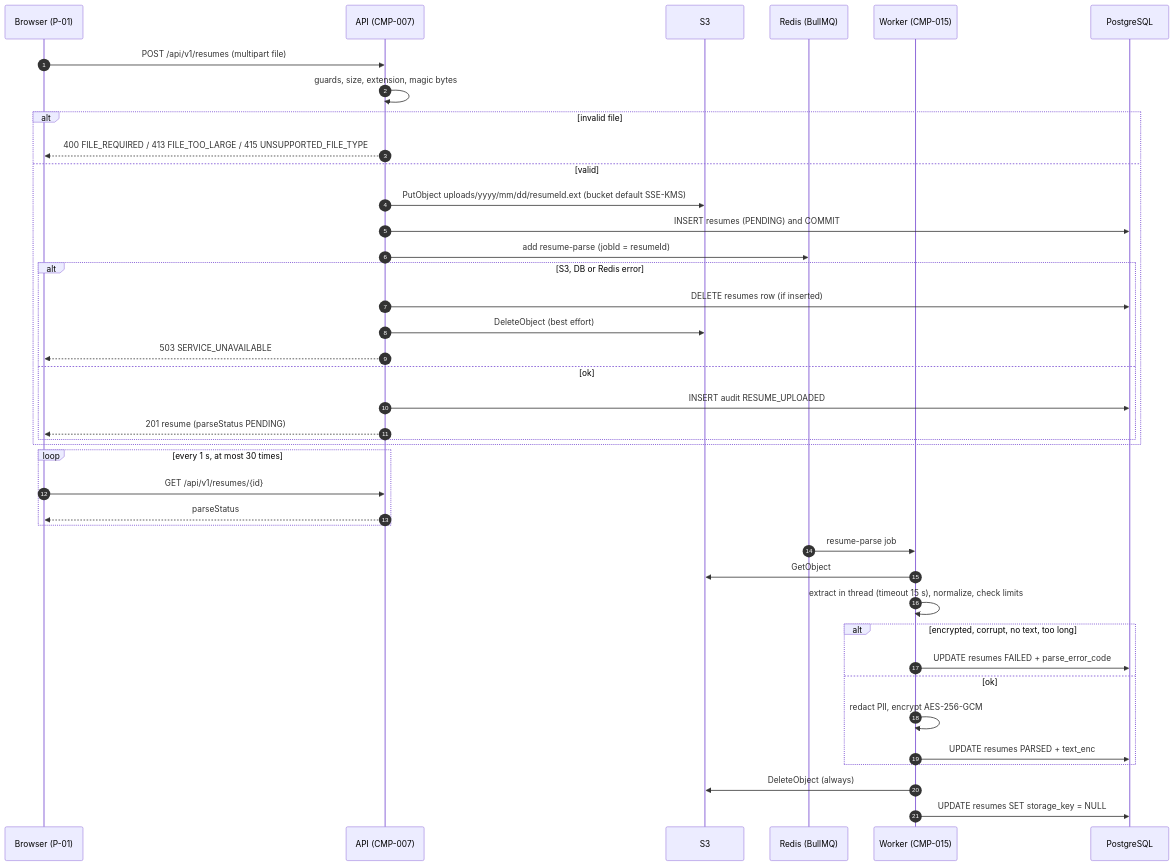
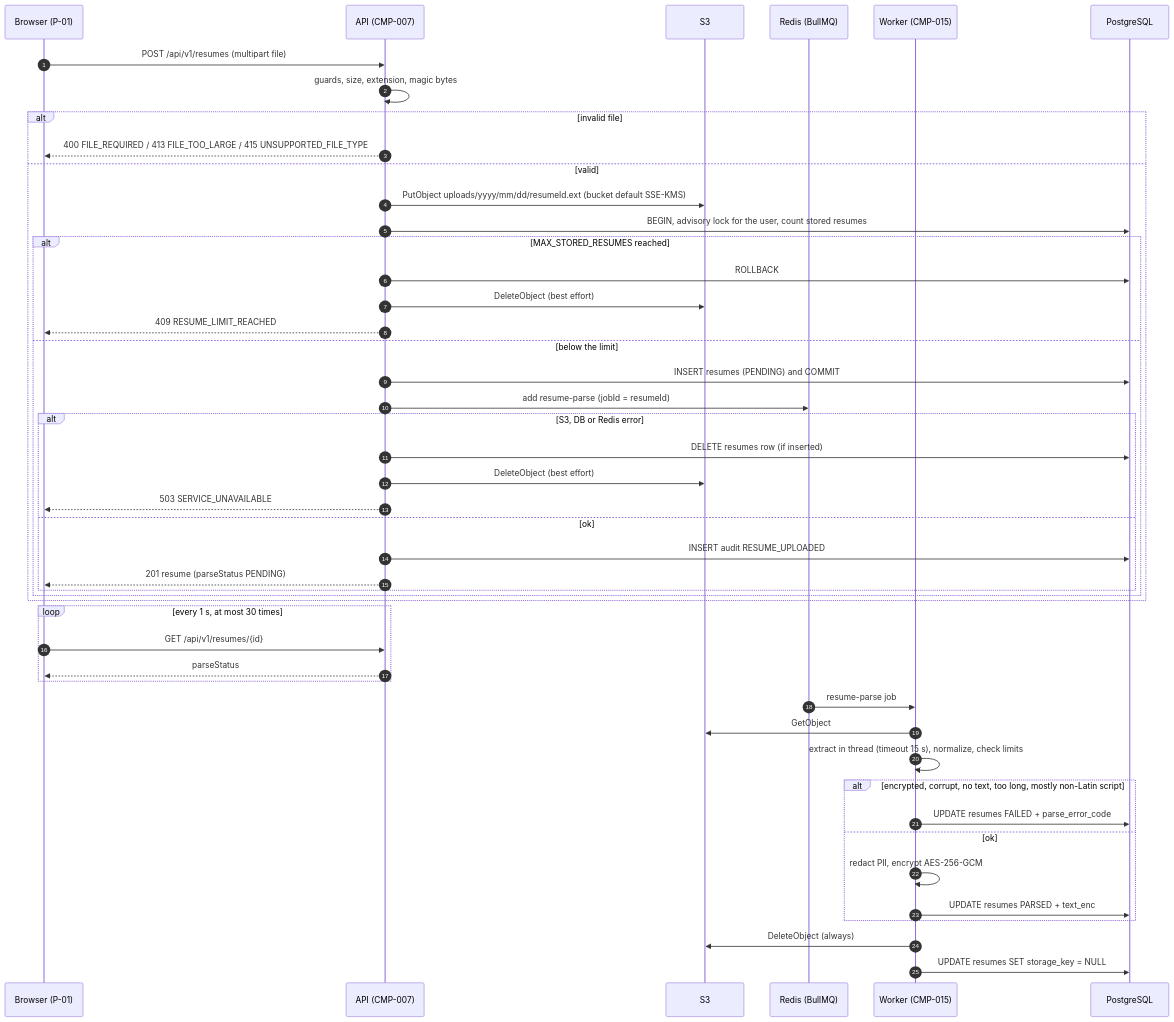
Before and after one commit to divii-school/spec-homework: the third of 10 diagrams in neeraj/spec.md, drawn with Mermaid. The commit also changed other lines of this file, not shown here.

Commit message:
close build-test round 4 gaps: outage harness, fixtures, erase CLI, criterion script, upload order (v0.10)

````diff
--- a/neeraj/spec.md
+++ b/neeraj/spec.md
@@ -783,42 +783,49 @@
 ```mermaid
 sequenceDiagram
   autonumber
   participant B as Browser (P-01)
   participant A as API (CMP-007)
   participant S as S3
   participant Q as Redis (BullMQ)
   participant W as Worker (CMP-015)
   participant D as PostgreSQL
   B->>A: POST /api/v1/resumes (multipart file)
   A->>A: guards, size, extension, magic bytes
   alt invalid file
     A-->>B: 400 FILE_REQUIRED / 413 FILE_TOO_LARGE / 415 UNSUPPORTED_FILE_TYPE
   else valid
     A->>S: PutObject uploads/yyyy/mm/dd/resumeId.ext (bucket default SSE-KMS)
-    A->>D: INSERT resumes (PENDING) and COMMIT
-    A->>Q: add resume-parse (jobId = resumeId)
-    alt S3, DB or Redis error
-      A->>D: DELETE resumes row (if inserted)
+    A->>D: BEGIN, advisory lock for the user, count stored resumes
+    alt MAX_STORED_RESUMES reached
+      A->>D: ROLLBACK
       A->>S: DeleteObject (best effort)
-      A-->>B: 503 SERVICE_UNAVAILABLE
-    else ok
-      A->>D: INSERT audit RESUME_UPLOADED
-      A-->>B: 201 resume (parseStatus PENDING)
+      A-->>B: 409 RESUME_LIMIT_REACHED
+    else below the limit
+      A->>D: INSERT resumes (PENDING) and COMMIT
+      A->>Q: add resume-parse (jobId = resumeId)
+      alt S3, DB or Redis error
+        A->>D: DELETE resumes row (if inserted)
+        A->>S: DeleteObject (best effort)
+        A-->>B: 503 SERVICE_UNAVAILABLE
+      else ok
+        A->>D: INSERT audit RESUME_UPLOADED
+        A-->>B: 201 resume (parseStatus PENDING)
+      end
     end
   end
   loop every 1 s, at most 30 times
     B->>A: GET /api/v1/resumes/{id}
     A-->>B: parseStatus
   end
   Q->>W: resume-parse job
   W->>S: GetObject
   W->>W: extract in thread (timeout 15 s), normalize, check limits
-  alt encrypted, corrupt, no text, too long
+  alt encrypted, corrupt, no text, too long, mostly non-Latin script
     W->>D: UPDATE resumes FAILED + parse_error_code
   else ok
     W->>W: redact PII, encrypt AES-256-GCM
     W->>D: UPDATE resumes PARSED + text_enc
   end
   W->>S: DeleteObject (always)
   W->>D: UPDATE resumes SET storage_key = NULL
 ```
````
